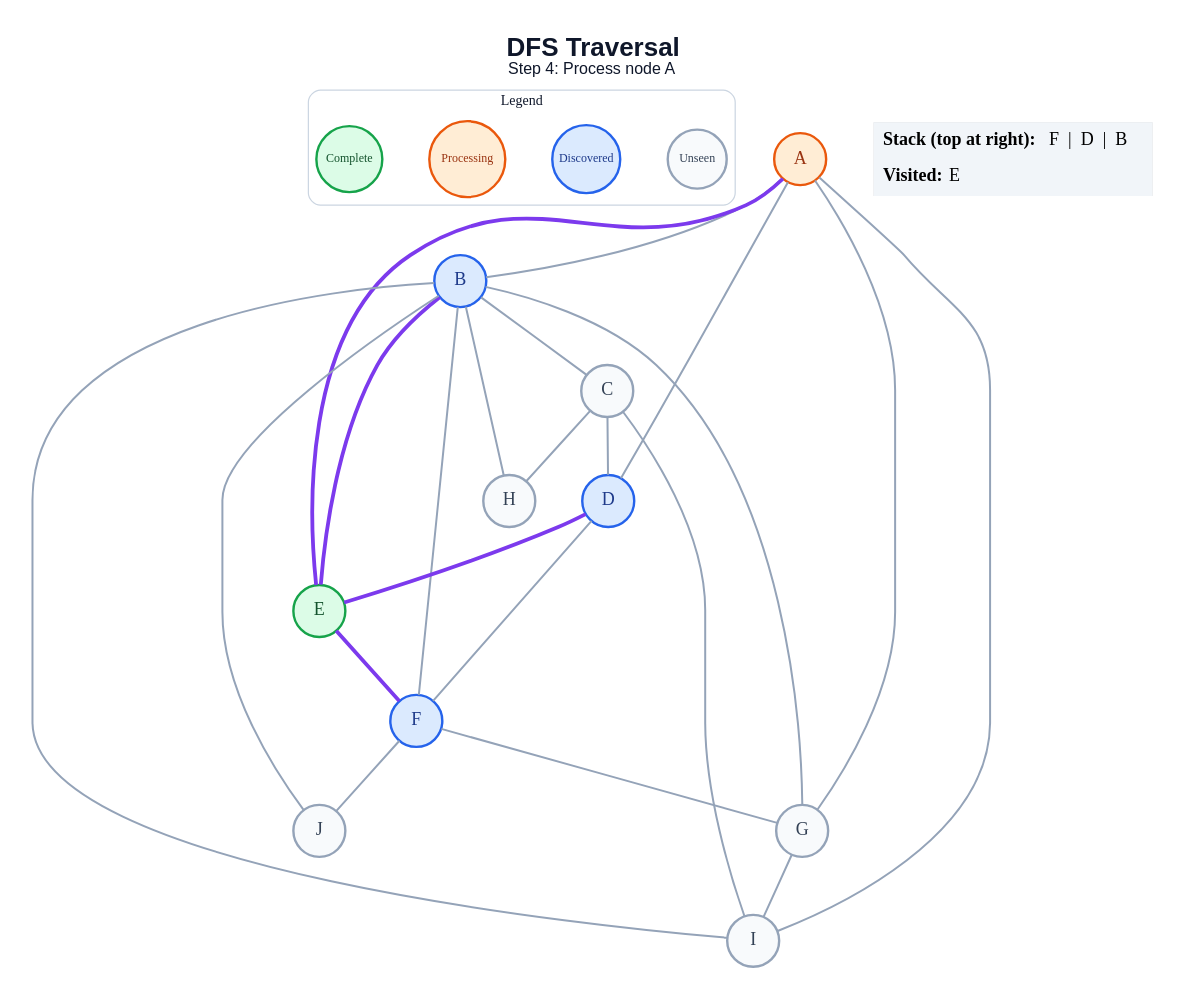
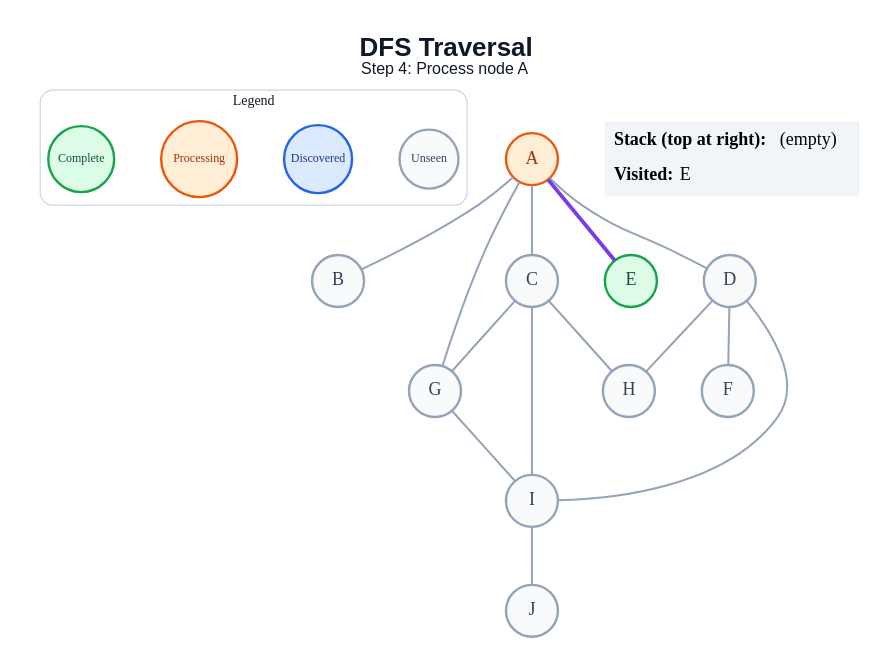
Before and after one commit to amanghodawala9/ai-slop: the diagram in generated/specific-node/dfs/step_04.dot, drawn with Graphviz. The commit also changed 178 other files, not shown here.

```diff
--- a/generated/specific-node/dfs/step_04.dot
+++ b/generated/specific-node/dfs/step_04.dot
@@ -1,50 +1,42 @@
 graph traversal {
   graph [layout=dot, rankdir=TB, bgcolor="#FFFFFF", pad="0.35", nodesep="0.65", ranksep="0.8", fontname="Arial"];
   node [shape=circle, style="filled", fontname="Arial Bold", fontsize=18, width=0.72, fixedsize=true, penwidth=2.4];
   edge [color="#94A3B8", penwidth=2.0];
   label=<<B>DFS Traversal</B><BR/><FONT POINT-SIZE="16">Step 4: Process node A</FONT>>; labelloc="t"; fontsize=26; fontname="Arial"; fontcolor="#0F172A";
   subgraph cluster_legend { label="Legend"; color="#CBD5E1"; penwidth=1.2; style="rounded"; fontsize=14; fontname="Arial Bold";
     key_unseen [label="Unseen", fillcolor="#F8FAFC", color="#94A3B8", fontcolor="#334155", fontsize=12, width=0.82];
     key_frontier [label="Discovered", fillcolor="#DBEAFE", color="#2563EB", fontcolor="#1E3A8A", fontsize=12, width=0.95];
     key_current [label="Processing", fillcolor="#FFEDD5", color="#EA580C", fontcolor="#9A3412", fontsize=12, width=1.05];
     key_done [label="Complete", fillcolor="#DCFCE7", color="#16A34A", fontcolor="#14532D", fontsize=12, width=0.92];
     { rank=same; key_unseen; key_frontier; key_current; key_done; }
   }
   A [fillcolor="#FFEDD5", color="#EA580C", fontcolor="#9A3412"];
-  B [fillcolor="#DBEAFE", color="#2563EB", fontcolor="#1E3A8A"];
+  B [fillcolor="#F8FAFC", color="#94A3B8", fontcolor="#334155"];
   C [fillcolor="#F8FAFC", color="#94A3B8", fontcolor="#334155"];
-  D [fillcolor="#DBEAFE", color="#2563EB", fontcolor="#1E3A8A"];
+  D [fillcolor="#F8FAFC", color="#94A3B8", fontcolor="#334155"];
   E [fillcolor="#DCFCE7", color="#16A34A", fontcolor="#14532D"];
-  F [fillcolor="#DBEAFE", color="#2563EB", fontcolor="#1E3A8A"];
+  F [fillcolor="#F8FAFC", color="#94A3B8", fontcolor="#334155"];
   G [fillcolor="#F8FAFC", color="#94A3B8", fontcolor="#334155"];
   H [fillcolor="#F8FAFC", color="#94A3B8", fontcolor="#334155"];
   I [fillcolor="#F8FAFC", color="#94A3B8", fontcolor="#334155"];
   J [fillcolor="#F8FAFC", color="#94A3B8", fontcolor="#334155"];
   A -- B;
+  A -- C;
   A -- D;
   A -- E [color="#7C3AED", penwidth=3.8];
   A -- G;
-  A -- I;
-  B -- C;
-  B -- E [color="#7C3AED", penwidth=3.8];
-  B -- F;
-  B -- G;
-  B -- H;
-  B -- I;
-  B -- J;
-  C -- D;
+  C -- G;
   C -- H;
   C -- I;
-  D -- E [color="#7C3AED", penwidth=3.8];
   D -- F;
-  E -- F [color="#7C3AED", penwidth=3.8];
-  F -- G;
-  F -- J;
+  D -- H;
+  D -- I;
   G -- I;
+  I -- J;
   status [shape=plain, fixedsize=false, width=0, height=0, margin=0, label=<
     <TABLE BORDER="0" CELLBORDER="0" CELLPADDING="7" BGCOLOR="#F1F5F9">
-      <TR><TD ALIGN="LEFT"><B>Stack (top at right):</B> F  |  D  |  B</TD></TR>
+      <TR><TD ALIGN="LEFT"><B>Stack (top at right):</B> (empty)</TD></TR>
       <TR><TD ALIGN="LEFT"><B>Visited:</B> E</TD></TR>
     </TABLE>
   >];
 }
```
